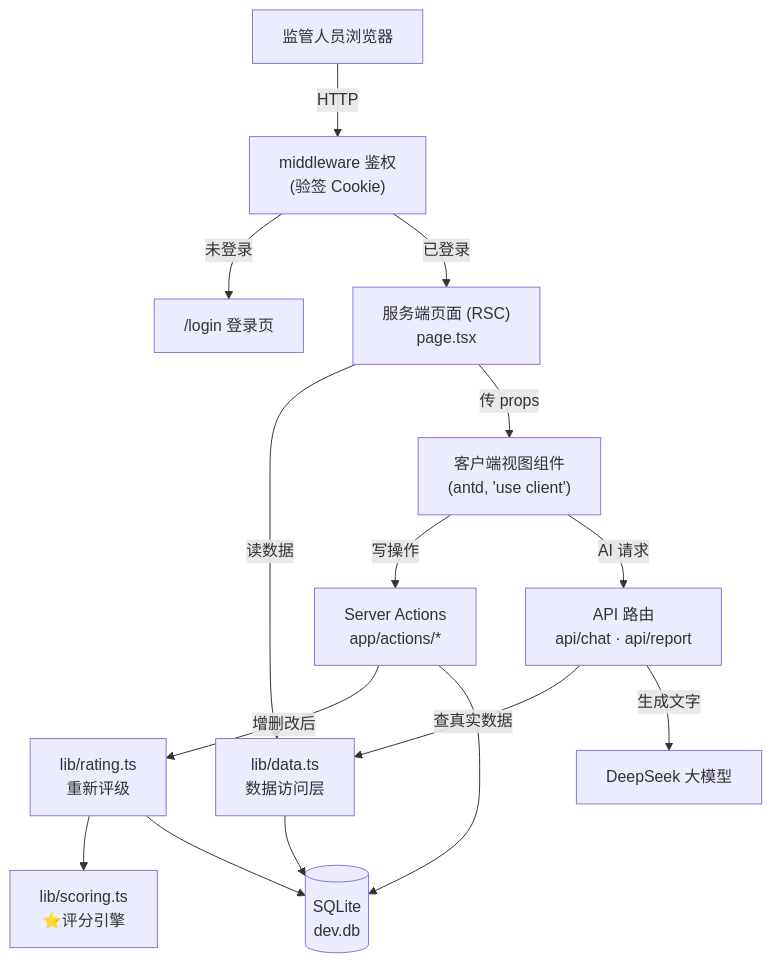
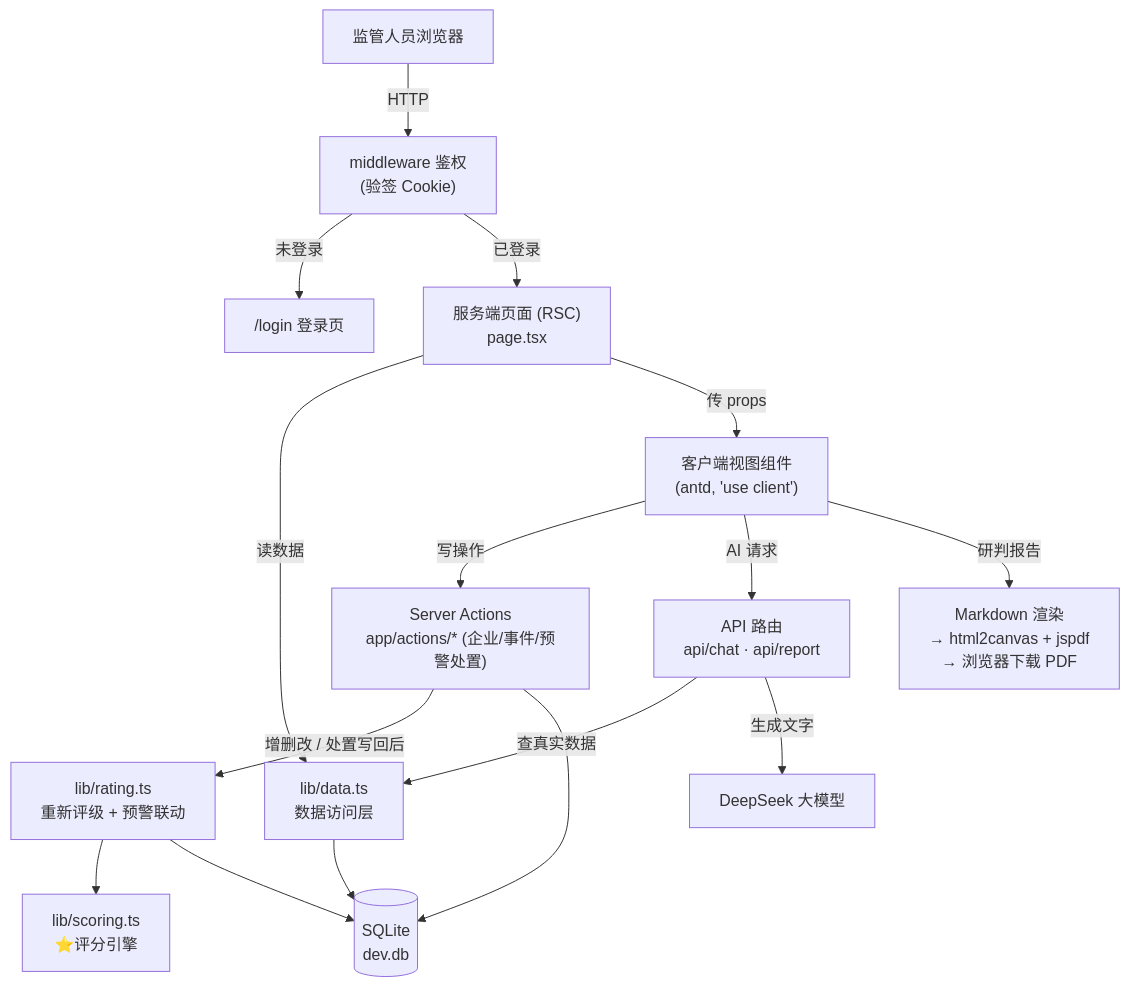
Before and after one commit to aesopdawn/food-credit-risk-system: the first of 2 diagrams in 系统功能设计.md, drawn with Mermaid. The commit also changed other lines of this file and 2 other files, not shown here.

First line of the commit message:
docs: 同步三份文档到当前系统状态（预警处置闭环 / 信用修复加分 / AI Markdown+PDF）

````diff
--- a/系统功能设计.md
+++ b/系统功能设计.md
@@ -50,17 +52,18 @@
 ```mermaid
 flowchart TD
   U["监管人员浏览器"] -->|HTTP| MW["middleware 鉴权<br/>(验签 Cookie)"]
   MW -->|未登录| L["/login 登录页"]
   MW -->|已登录| P["服务端页面 (RSC)<br/>page.tsx"]
   P -->|读数据| DAL["lib/data.ts<br/>数据访问层"]
   P -->|传 props| V["客户端视图组件<br/>(antd, 'use client')"]
-  V -->|写操作| SA["Server Actions<br/>app/actions/*"]
+  V -->|写操作| SA["Server Actions<br/>app/actions/* (企业/事件/预警处置)"]
   V -->|AI 请求| API["API 路由<br/>api/chat · api/report"]
-  SA -->|增删改后| RATE["lib/rating.ts<br/>重新评级"]
+  SA -->|增删改 / 处置写回后| RATE["lib/rating.ts<br/>重新评级 + 预警联动"]
   RATE --> ENG["lib/scoring.ts<br/>⭐评分引擎"]
   SA --> DB[("SQLite<br/>dev.db")]
   RATE --> DB
   DAL --> DB
   API -->|查真实数据| DAL
   API -->|生成文字| DS["DeepSeek 大模型"]
+  V -->|研判报告| PDF["Markdown 渲染<br/>→ html2canvas + jspdf<br/>→ 浏览器下载 PDF"]
 ```
````
